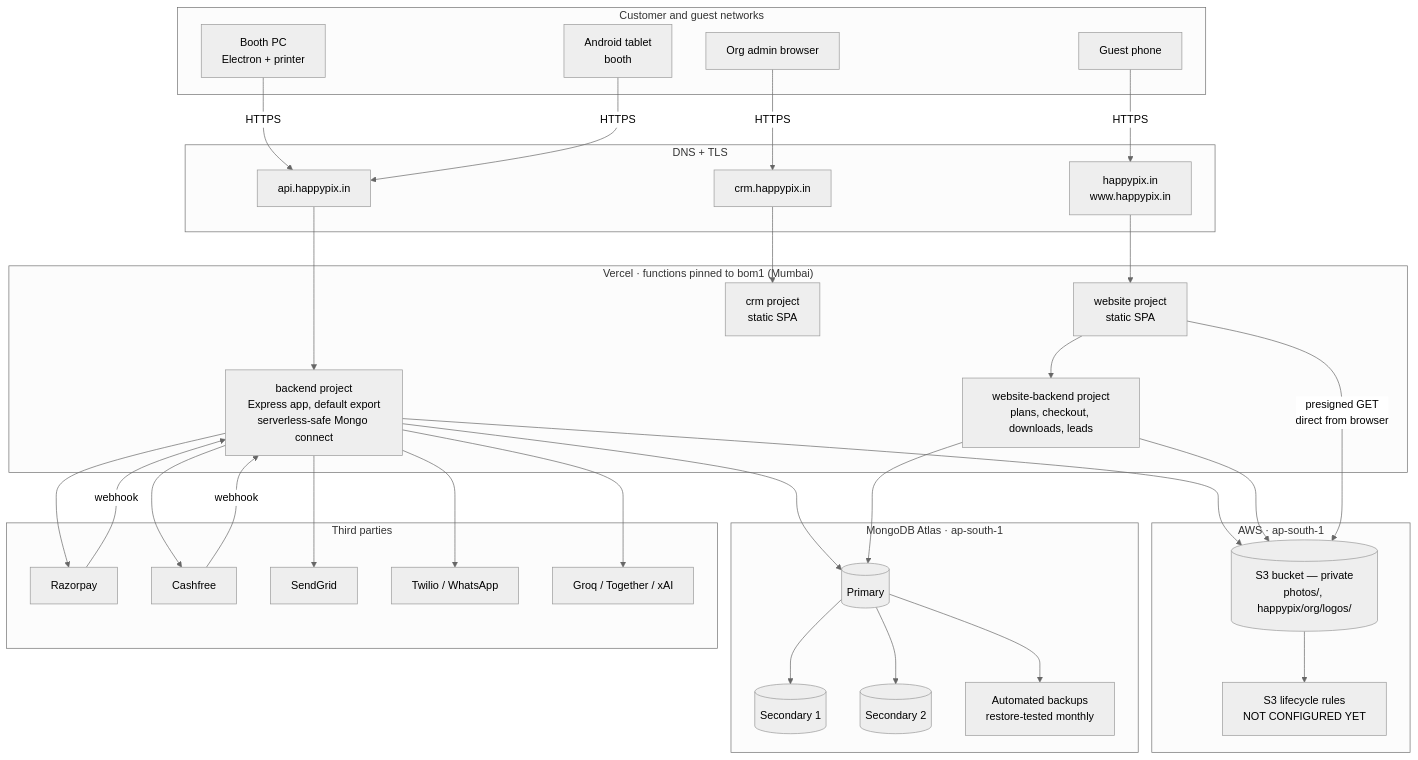
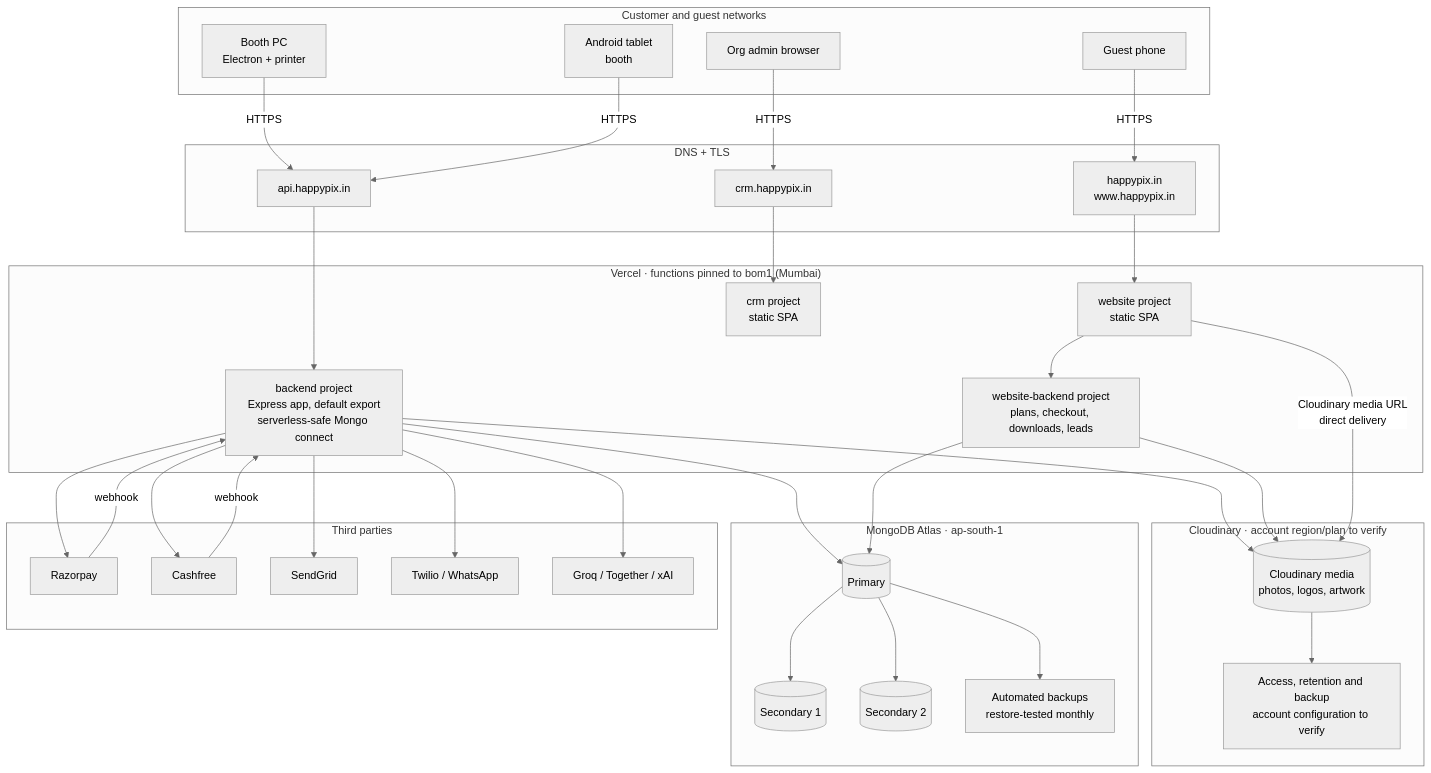
Diagram 20 of 29 in docs/DIAGRAMS.md (Krishna-Vineet/local), drawn with Mermaid (neutral theme) before and after one commit. The commit also changed other lines of this file and 38 other files, not shown here.

````diff
--- a/docs/DIAGRAMS.md
+++ b/docs/DIAGRAMS.md
@@ -1523,67 +1528,67 @@
 ```mermaid
 flowchart TB
   subgraph USER["Customer and guest networks"]
     U1["Booth PC<br/>Electron + printer"]
     U2["Android tablet<br/>booth"]
     U3["Org admin browser"]
     U4["Guest phone"]
   end
 
   subgraph DNS["DNS + TLS"]
     N1["happypix.in<br/>www.happypix.in"]
     N2["crm.happypix.in"]
     N3["api.happypix.in"]
   end
 
   subgraph VERCEL["Vercel · functions pinned to bom1 (Mumbai)"]
     V1["website project<br/>static SPA"]
     V2["crm project<br/>static SPA"]
     V3["backend project<br/>Express app, default export<br/>serverless-safe Mongo connect"]
     V4["website-backend project<br/>plans, checkout, downloads, leads"]
   end
 
-  subgraph AWS["AWS · ap-south-1"]
-    A1[("S3 bucket — private<br/>photos/, happypix/org/logos/")]
-    A2["S3 lifecycle rules<br/>NOT CONFIGURED YET"]
+  subgraph MEDIA["Cloudinary · account region/plan to verify"]
+    A1[("Cloudinary media<br/>photos, logos, artwork")]
+    A2["Access, retention and backup<br/>account configuration to verify"]
   end
 
   subgraph ATLAS["MongoDB Atlas · ap-south-1"]
     M1[("Primary")]
     M2[("Secondary 1")]
     M3[("Secondary 2")]
     M4["Automated backups<br/>restore-tested monthly"]
   end
 
   subgraph THIRD["Third parties"]
     T1["Razorpay"]
     T2["Cashfree"]
     T3["SendGrid"]
     T4["Twilio / WhatsApp"]
     T5["Groq / Together / xAI"]
   end
 
   U1 -->|"HTTPS"| N3
   U2 -->|"HTTPS"| N3
   U3 -->|"HTTPS"| N2
   U4 -->|"HTTPS"| N1
   N1 --> V1
   N2 --> V2
   N3 --> V3
   V1 --> V4
   V3 --> M1
   V4 --> M1
   M1 --> M2
   M1 --> M3
   M1 --> M4
   V3 --> A1
   V4 --> A1
   A1 --> A2
   V3 --> T1
   V3 --> T2
   V3 --> T3
   V3 --> T4
   V3 --> T5
   T1 -->|"webhook"| V3
   T2 -->|"webhook"| V3
-  V1 -->|"presigned GET<br/>direct from browser"| A1
+  V1 -->|"Cloudinary media URL<br/>direct delivery"| A1
 ```
````
